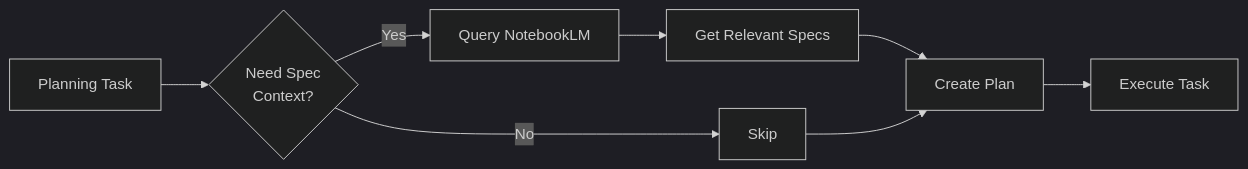
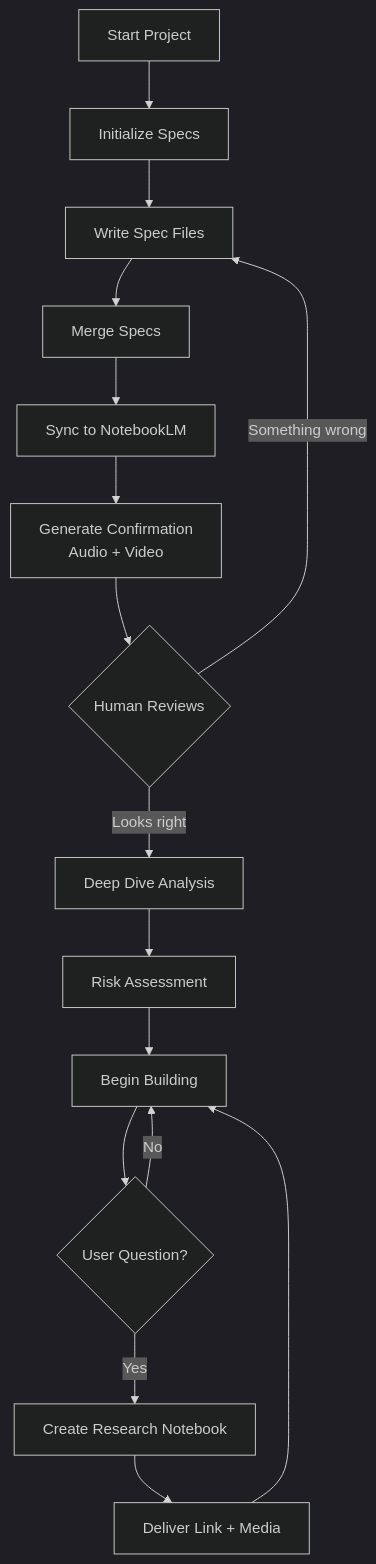
One commit to wojons/skills changed the seventh of 8 diagrams in skills/notebooklm-federated-specs/SKILL.md. Above: the diagram before and after it, drawn with Mermaid (dark theme). The commit also changed other lines of this file and 4 other files, not shown here.

First line of the commit message:
feat: Enhance notebooklm-federated-specs with human learning modes

````diff
--- a/skills/notebooklm-federated-specs/SKILL.md
+++ b/skills/notebooklm-federated-specs/SKILL.md
@@ -334,10 +356,22 @@
 ```mermaid
-flowchart LR
-    Task[Planning Task] --> Need{Need Spec<br/>Context?}
-    Need -->|Yes| Query[Query NotebookLM]
-    Need -->|No| Skip[Skip]
-    Query --> Context[Get Relevant Specs]
-    Context --> Plan[Create Plan]
-    Skip --> Plan
-    Plan --> Execute[Execute Task]
+flowchart TB
+    START[Start Project] --> INIT[Initialize Specs]
+    INIT --> WRITE[Write Spec Files]
+    WRITE --> MERGE[Merge Specs]
+    MERGE --> SYNC[Sync to NotebookLM]
+    
+    SYNC --> CONFIRM[Generate Confirmation<br/>Audio + Video]
+    CONFIRM --> REVIEW{Human Reviews}
+    
+    REVIEW -->|"Looks right"| DEEP[Deep Dive Analysis]
+    REVIEW -->|"Something wrong"| WRITE
+    
+    DEEP --> RISK[Risk Assessment]
+    RISK --> BUILD[Begin Building]
+    
+    BUILD --> QUESTION{User Question?}
+    QUESTION -->|Yes| RESEARCH[Create Research Notebook]
+    RESEARCH --> DELIVER[Deliver Link + Media]
+    DELIVER --> BUILD
+    QUESTION -->|No| BUILD
 ```
````
